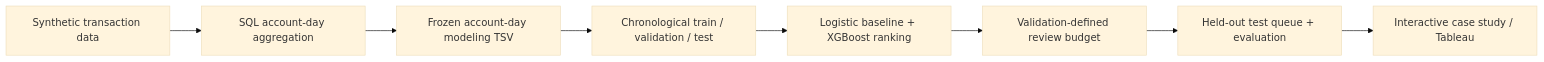
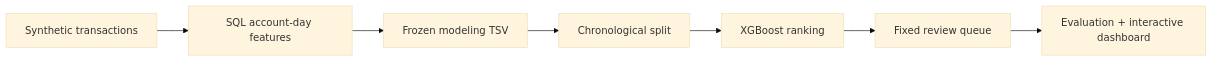
Before and after one commit to mohammedmia1/AML_Data_Science_Project: the diagram in README.md, drawn with Mermaid (base theme). The commit also changed other lines of this file and 1 other file, not shown here.

````diff
--- a/README.md
+++ b/README.md
@@ -29,10 +27,9 @@
 ```mermaid
 flowchart LR
-    A["Synthetic transaction data"] --> B["SQL account-day aggregation"]
-    B --> C["Frozen account-day modeling TSV"]
-    C --> D["Chronological train / validation / test"]
-    D --> E["Logistic baseline + XGBoost ranking"]
-    E --> F["Validation-defined review budget"]
-    F --> G["Held-out test queue + evaluation"]
-    G --> H["Interactive case study / Tableau"]
+    A["Synthetic transactions"] --> B["SQL account-day features"]
+    B --> C["Frozen modeling TSV"]
+    C --> D["Chronological split"]
+    D --> E["XGBoost ranking"]
+    E --> F["Fixed review queue"]
+    F --> G["Evaluation + interactive dashboard"]
 ```
````
